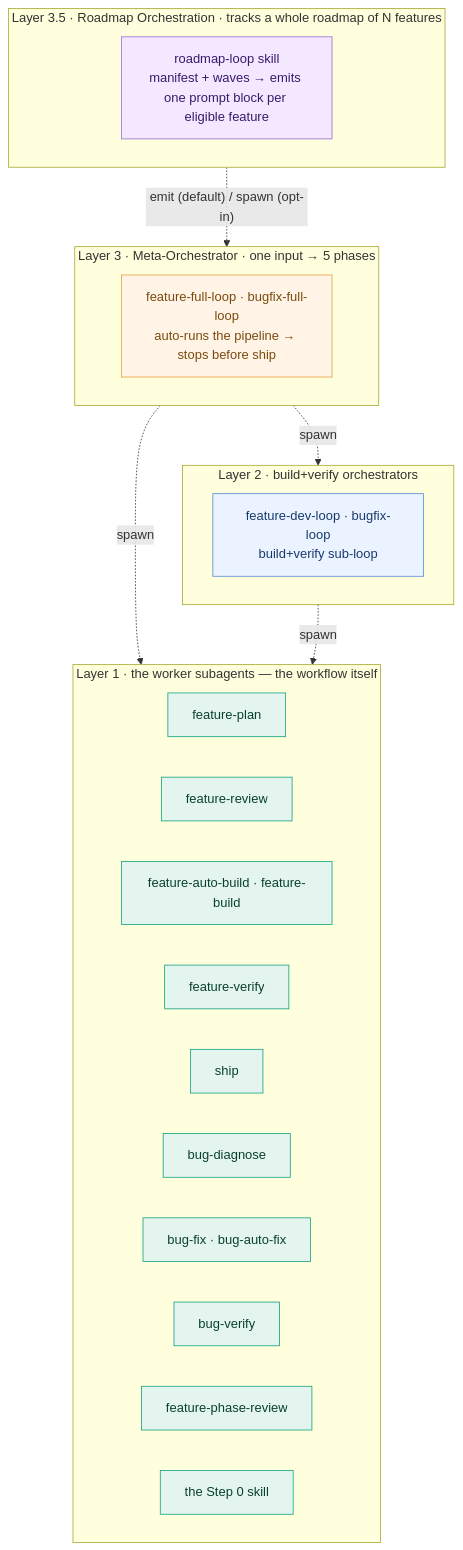
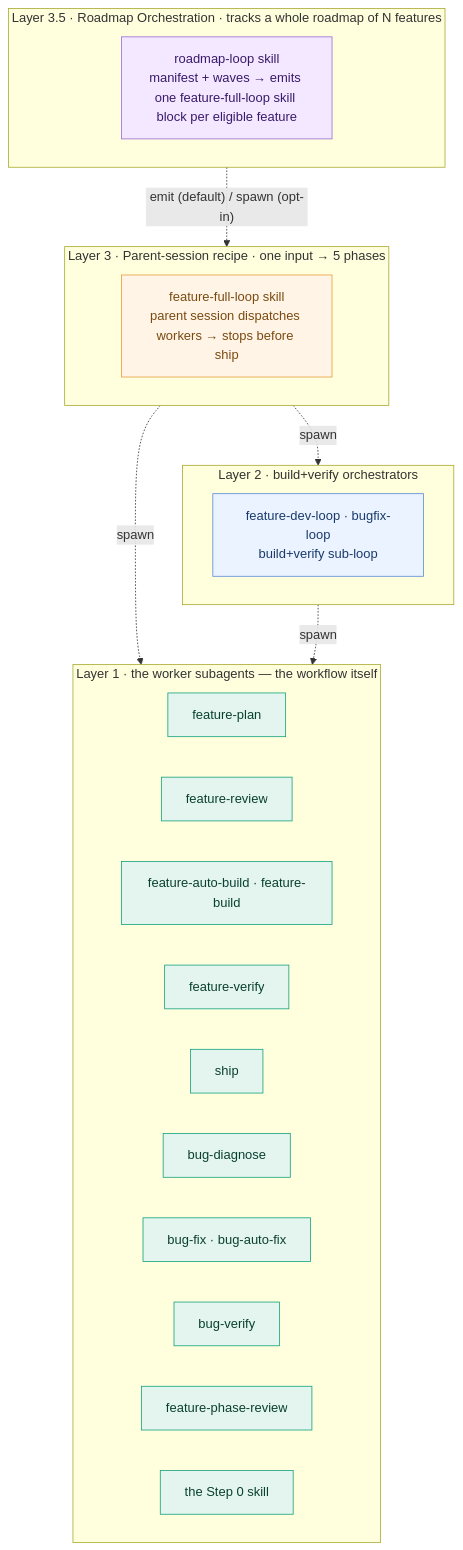
The first of 2 diagrams in docs/workflow/_portable/usage-guide.md (jinlong17/XAI_Desktop), drawn with Mermaid before and after one commit. The commit also changed other lines of this file and 2 other files, not shown here.

First line of the commit message:
docs(workflow): resync _portable/ layer from upstream A2K (2026-05-18)

````diff
--- a/docs/workflow/_portable/usage-guide.md
+++ b/docs/workflow/_portable/usage-guide.md
@@ -109,37 +131,37 @@
 ```mermaid
 flowchart TB
   subgraph L35 [Layer 3.5 · Roadmap Orchestration · tracks a whole roadmap of N features]
-    RL[roadmap-loop skill<br/>manifest + waves → emits one prompt block per eligible feature]
+    RL[roadmap-loop skill<br/>manifest + waves → emits one feature-full-loop skill block per eligible feature]
   end
-  subgraph L3 [Layer 3 · Meta-Orchestrator · one input → 5 phases]
-    FL[feature-full-loop · bugfix-full-loop<br/>auto-runs the pipeline → stops before ship]
+  subgraph L3 [Layer 3 · Parent-session recipe · one input → 5 phases]
+    FL[feature-full-loop skill<br/>parent session dispatches workers → stops before ship]
   end
   subgraph L2 [Layer 2 · build+verify orchestrators]
     DL[feature-dev-loop · bugfix-loop<br/>build+verify sub-loop]
   end
   subgraph L1 [Layer 1 · the worker subagents — the workflow itself]
     P[feature-plan]
     R[feature-review]
     AB[feature-auto-build · feature-build]
     V[feature-verify]
     S[ship]
     BD[bug-diagnose]
     BF[bug-fix · bug-auto-fix]
     BV[bug-verify]
     PR[feature-phase-review]
     SK[the Step 0 skill]
   end
   L35 -.emit (default) / spawn (opt-in).-> L3
   L3 -.spawn.-> L1
   L3 -.spawn.-> L2
   L2 -.spawn.-> L1
 
   classDef l35 fill:#f3e8ff,stroke:#9a6dd6,color:#3a1a6b;
   classDef l3 fill:#fff4e6,stroke:#e89e3c,color:#7a4a10;
   classDef l2 fill:#eaf3ff,stroke:#5a8dd6,color:#1a3a6b;
   classDef l1 fill:#e3f5ee,stroke:#16a37f,color:#0a4030;
   class RL l35;
   class FL l3;
   class DL l2;
   class P,R,AB,V,S,BD,BF,BV,PR,SK l1;
 ```
````
